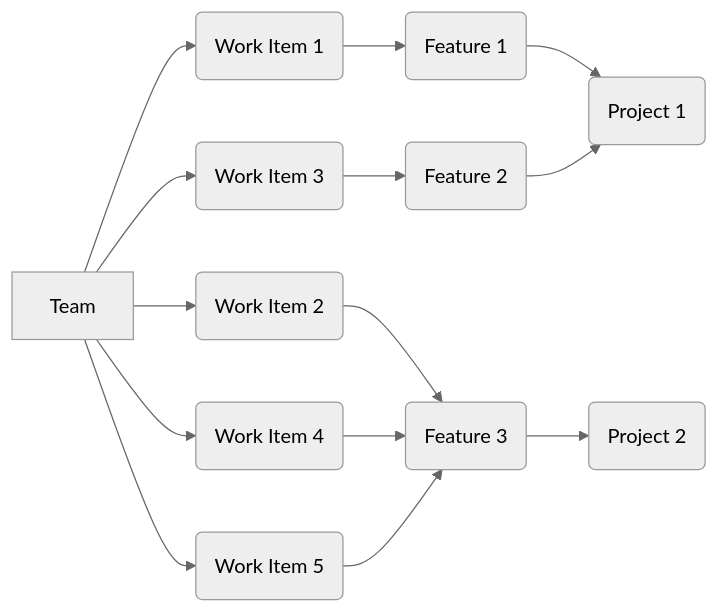
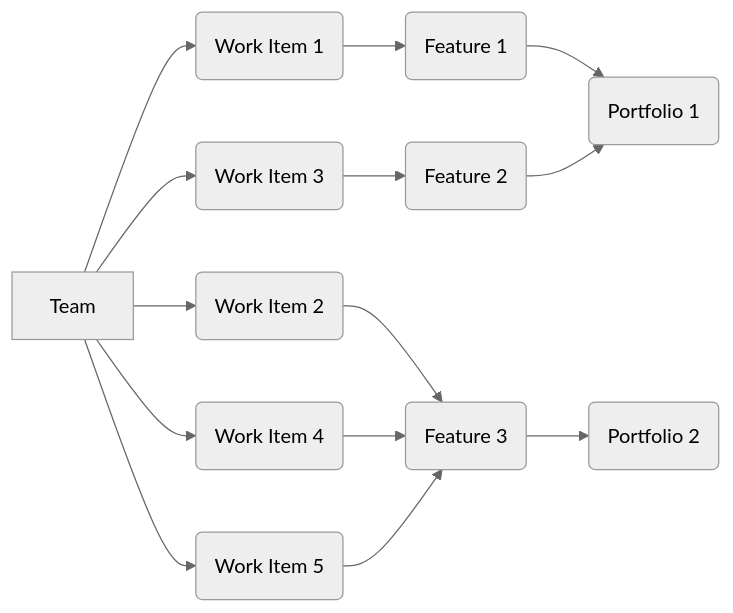
The second of 5 diagrams in docs/concepts/howlighthouseforecasts.md (LetPeopleWork/Lighthouse), drawn with Mermaid before and after one commit. The commit also changed other lines of this file and 18 other files, not shown here.

Commit message:
Streamline naming in docs: Project --> Portfolio

````diff
--- a/docs/concepts/howlighthouseforecasts.md
+++ b/docs/concepts/howlighthouseforecasts.md
@@ -86,17 +86,17 @@
 ```mermaid
 %%{init: {'theme': 'neutral'}}%%
 flowchart LR
     T1[Team] --> W1(Work Item 1)
     T1 --> W2(Work Item 2)
     T1 --> W3(Work Item 3)
     T1 --> W4(Work Item 4)
     T1 --> W5(Work Item 5)
     W1 --> F1(Feature 1)
     W2 --> F3
     W3 --> F2(Feature 2)
     W4 --> F3(Feature 3)
     W5 --> F3
-    F1 --> P1(Project 1)
+    F1 --> P1(Portfolio 1)
     F2 --> P1
-    F3 --> P2(Project 2)
+    F3 --> P2(Portfolio 2)
 ```
````
